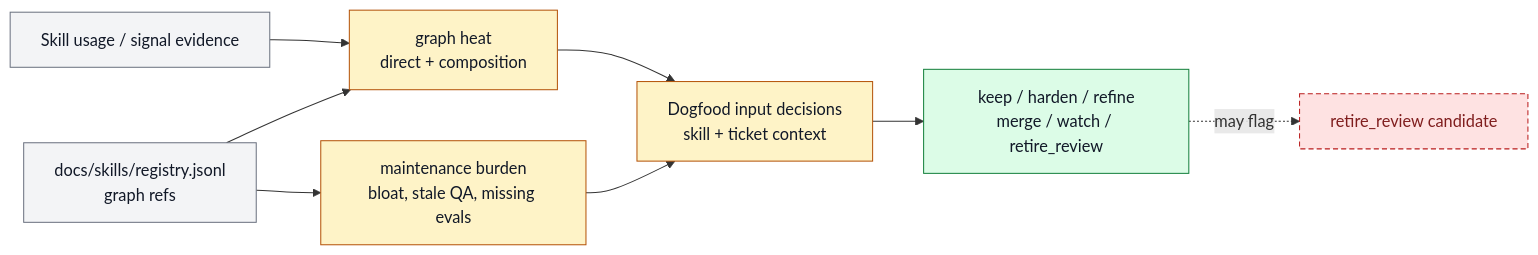
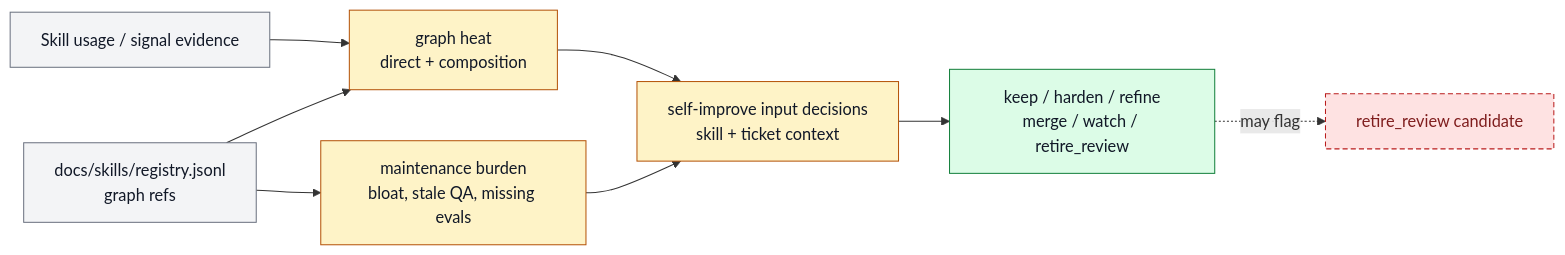
The diagram in docs/features/FEAT-0064-skill-signals.md (ZanarkandTechnologies/Farplane), drawn with Mermaid before and after one commit. The commit also changed other lines of this file and 377 other files, not shown here.

````diff
--- a/docs/features/FEAT-0064-skill-signals.md
+++ b/docs/features/FEAT-0064-skill-signals.md
@@ -132,23 +128,23 @@
 ```mermaid
 flowchart LR
   classDef keep fill:#f3f4f6,stroke:#6b7280,color:#111827
   classDef changed fill:#fef3c7,stroke:#b45309,color:#111827
   classDef added fill:#dcfce7,stroke:#15803d,color:#111827
   classDef retired fill:#fee2e2,stroke:#b91c1c,color:#7f1d1d,stroke-dasharray: 5 3
 
   usage["Skill usage / signal evidence"]:::keep
   registry["docs/skills/registry.jsonl<br/>graph refs"]:::keep
   heat["graph heat<br/>direct + composition"]:::changed
   burden["maintenance burden<br/>bloat, stale QA, missing evals"]:::changed
-  taste["Dogfood input decisions<br/>skill + ticket context"]:::changed
+  taste["self-improve input decisions<br/>skill + ticket context"]:::changed
   decision["keep / harden / refine<br/>merge / watch / retire_review"]:::added
   retire["retire_review candidate"]:::retired
 
   usage --> heat
   registry --> heat
   registry --> burden
   heat --> taste
   burden --> taste
   taste --> decision
   decision -. may flag .-> retire
 ```
````
